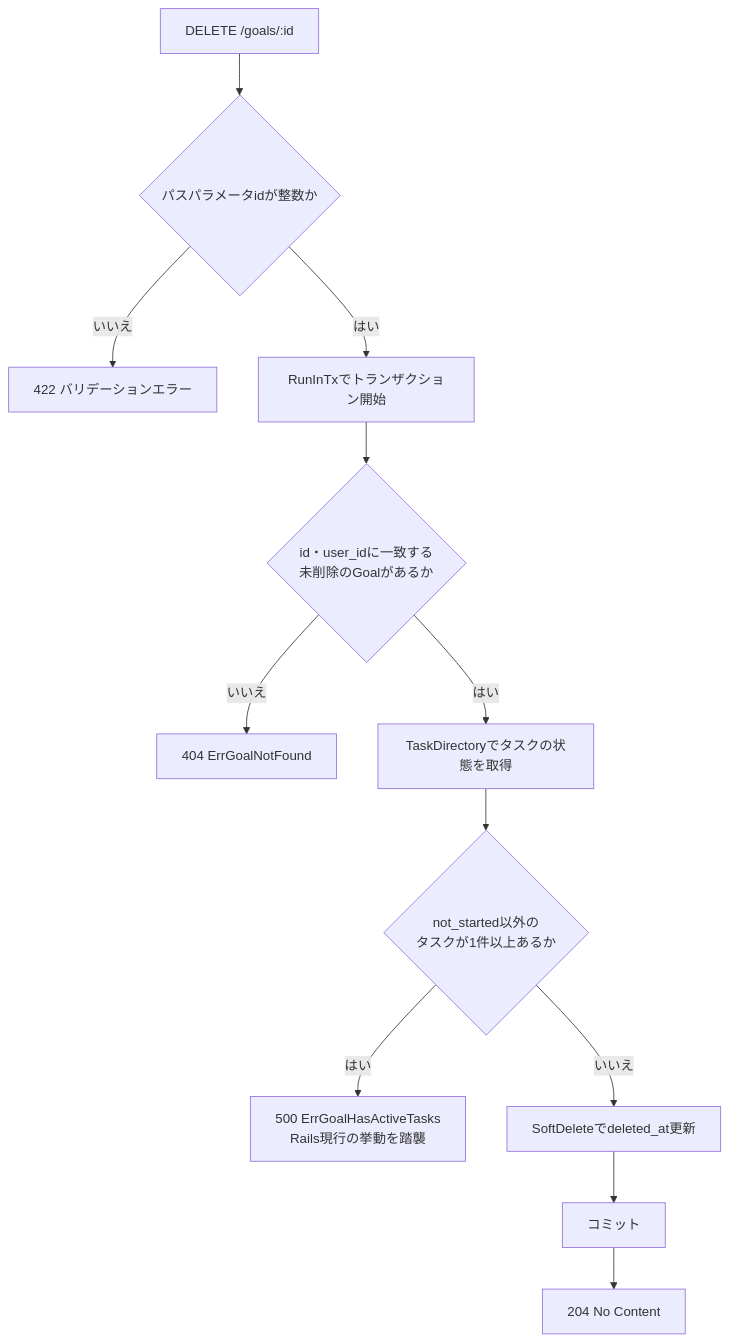
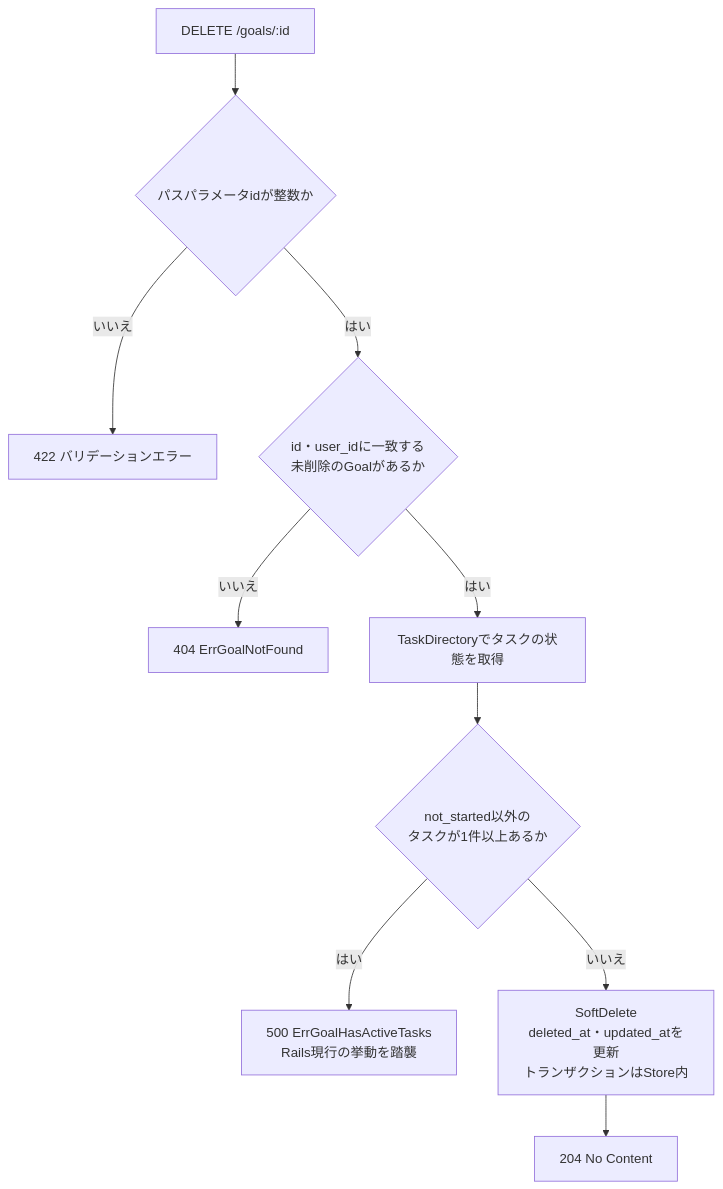
Before and after one commit to yuta20253/edu-platform-go-design: the sixth of 7 diagrams in 計画書/Go実装仕様書/目標管理機能_Go実装仕様書.md, drawn with Mermaid. The commit also changed other lines of this file and 2 other files, not shown here.

````diff
--- a/計画書/Go実装仕様書/目標管理機能_Go実装仕様書.md
+++ b/計画書/Go実装仕様書/目標管理機能_Go実装仕様書.md
@@ -381,14 +383,12 @@
 ```mermaid
 flowchart TD
     A[DELETE /goals/:id] --> B{パスパラメータidが整数か}
     B -- いいえ --> E422[422 バリデーションエラー]
-    B -- はい --> C[RunInTxでトランザクション開始]
-    C --> D{id・user_idに一致する<br/>未削除のGoalがあるか}
+    B -- はい --> D{id・user_idに一致する<br/>未削除のGoalがあるか}
     D -- いいえ --> E404[404 ErrGoalNotFound]
     D -- はい --> F[TaskDirectoryでタスクの状態を取得]
     F --> G{not_started以外の<br/>タスクが1件以上あるか}
     G -- はい --> E500[500 ErrGoalHasActiveTasks<br/>Rails現行の挙動を踏襲]
-    G -- いいえ --> H[SoftDeleteでdeleted_at更新]
-    H --> I[コミット]
-    I --> J[204 No Content]
+    G -- いいえ --> H[SoftDelete<br/>deleted_at・updated_atを更新<br/>トランザクションはStore内]
+    H --> J[204 No Content]
 ```
````
